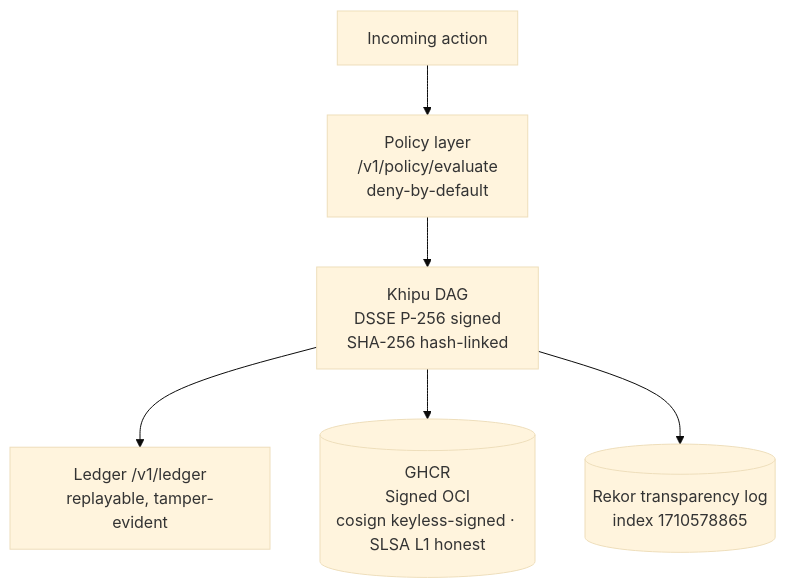
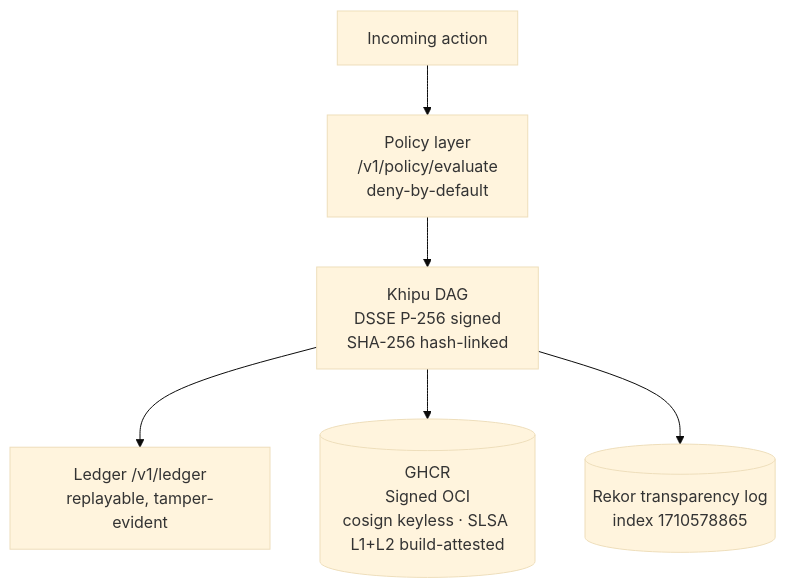
The diagram in README.md (szl-holdings/a11oy), drawn with Mermaid (base theme) before and after one commit. The commit also changed other lines of this file, not shown here.

Commit message:
docs(readme): apply repo-README template polish — value-prop headline, Λ Conjecture-1 violet badge, USPTO non-affiliation; align SLSA to canonical L1 honest · L2 build-attested · L3 roadmap (resolves CTO-flagged inconsistency vs a11oy.net served surface)

````diff
--- a/README.md
+++ b/README.md
@@ -131,8 +133,8 @@
 ```mermaid
 graph TD
     A[Incoming action] --> PL[Policy layer\n/v1/policy/evaluate\ndeny-by-default]
     PL --> KD[Khipu DAG\nDSSE P-256 signed\nSHA-256 hash-linked]
     KD --> LDG[Ledger /v1/ledger\nreplayable, tamper-evident]
-    KD --> UDS[(GHCR\nSigned OCI\ncosign keyless-signed · SLSA L1 honest)]
+    KD --> UDS[(GHCR\nSigned OCI\ncosign keyless · SLSA L1+L2 build-attested)]
     KD --> REKOR[(Rekor transparency log\nindex 1710578865)]
 ```
````
